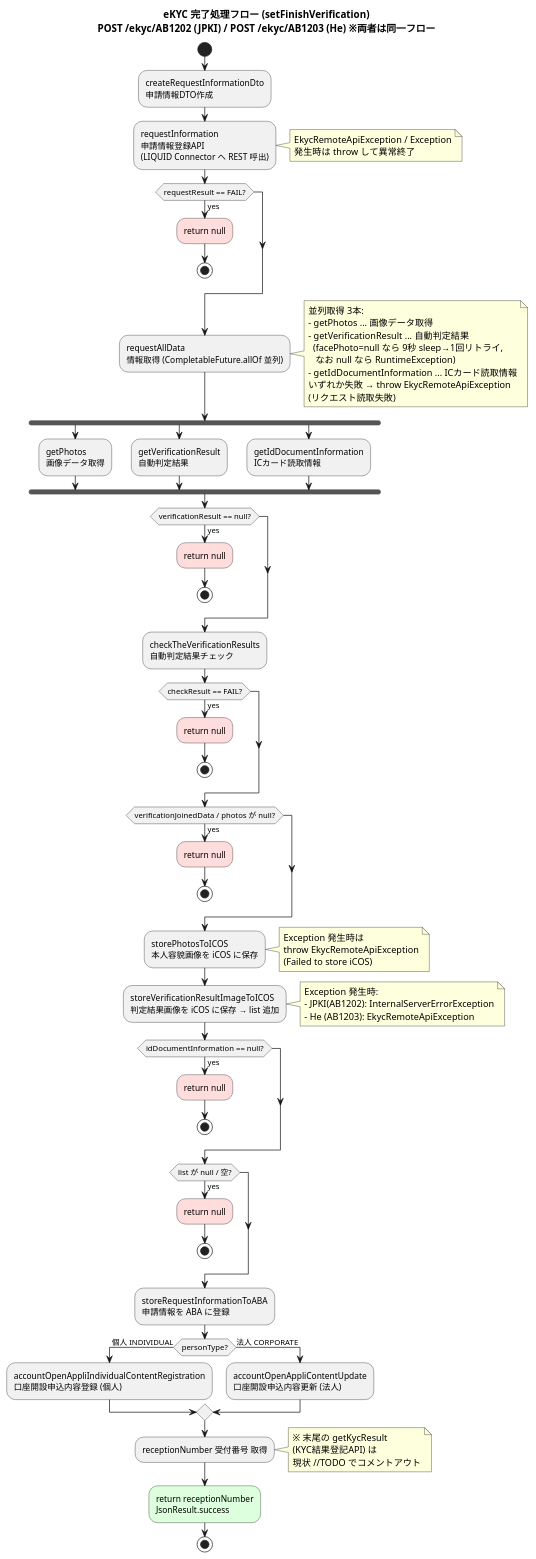
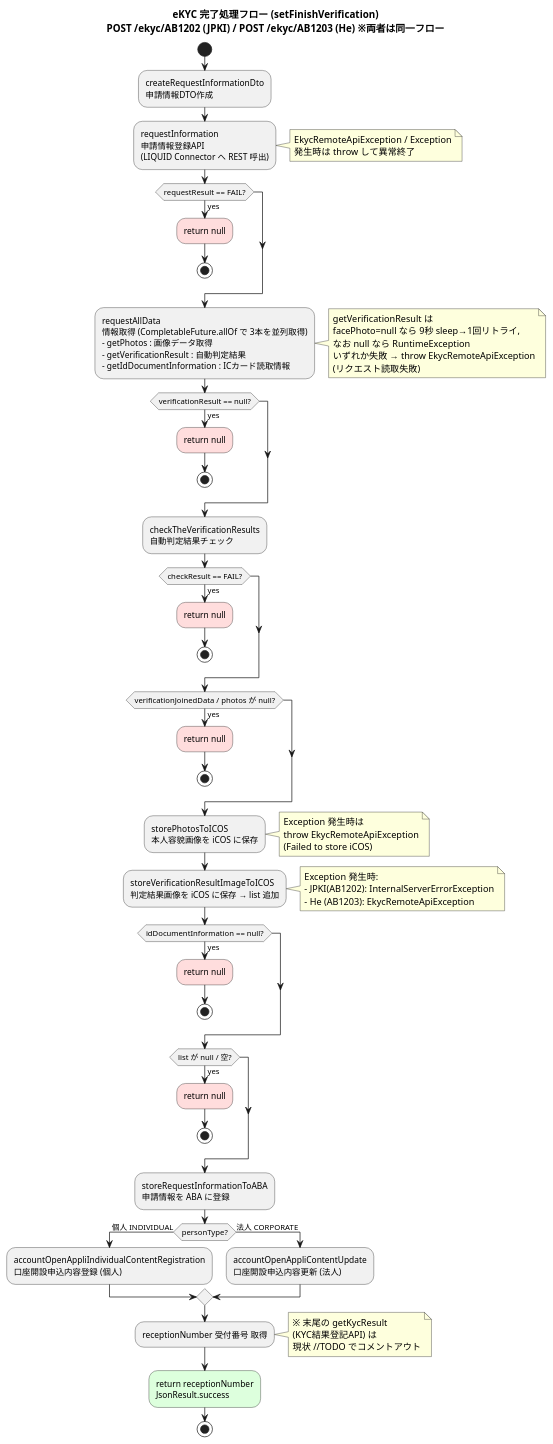
One commit to zed11213/sharing-file changed the diagram in ekyc_finish_verification.puml. Above: the diagram before and after it, drawn with PlantUML.

```diff
--- a/ekyc_finish_verification.puml
+++ b/ekyc_finish_verification.puml
@@ -1,98 +1,87 @@
 @startuml ekyc_finish_verification
 title eKYC 完了処理フロー (setFinishVerification)\nPOST /ekyc/AB1202 (JPKI) / POST /ekyc/AB1203 (He) ※両者は同一フロー
 
 start
 
 :createRequestInformationDto\n申請情報DTO作成;
 
 :requestInformation\n申請情報登録API\n(LIQUID Connector へ REST 呼出);
 note right
   EkycRemoteApiException / Exception
   発生時は throw して異常終了
 end note
 
 if (requestResult == FAIL?) then (yes)
   #ffdddd:return null;
   stop
 endif
 
-:requestAllData\n情報取得 (CompletableFuture.allOf 並列);
+:requestAllData\n情報取得 (CompletableFuture.allOf で 3本を並列取得)\n- getPhotos : 画像データ取得\n- getVerificationResult : 自動判定結果\n- getIdDocumentInformation : ICカード読取情報;
 note right
-  並列取得 3本:
-  - getPhotos ... 画像データ取得
-  - getVerificationResult ... 自動判定結果
-    (facePhoto=null なら 9秒 sleep→1回リトライ,
-     なお null なら RuntimeException)
-  - getIdDocumentInformation ... ICカード読取情報
+  getVerificationResult は
+  facePhoto=null なら 9秒 sleep→1回リトライ,
+  なお null なら RuntimeException
   いずれか失敗 → throw EkycRemoteApiException
   (リクエスト読取失敗)
 end note
-
-fork
-  :getPhotos\n画像データ取得;
-fork again
-  :getVerificationResult\n自動判定結果;
-fork again
-  :getIdDocumentInformation\nICカード読取情報;
-end fork
 
 if (verificationResult == null?) then (yes)
   #ffdddd:return null;
   stop
 endif
 
 :checkTheVerificationResults\n自動判定結果チェック;
 
 if (checkResult == FAIL?) then (yes)
   #ffdddd:return null;
   stop
 endif
 
 if (verificationJoinedData / photos が null?) then (yes)
   #ffdddd:return null;
   stop
 endif
 
 :storePhotosToICOS\n本人容貌画像を iCOS に保存;
 note right
   Exception 発生時は
   throw EkycRemoteApiException
   (Failed to store iCOS)
 end note
 
 :storeVerificationResultImageToICOS\n判定結果画像を iCOS に保存 → list 追加;
 note right
   Exception 発生時:
   - JPKI(AB1202): InternalServerErrorException
   - He (AB1203): EkycRemoteApiException
 end note
 
 if (idDocumentInformation == null?) then (yes)
   #ffdddd:return null;
   stop
 endif
 
 if (list が null / 空?) then (yes)
   #ffdddd:return null;
   stop
 endif
 
 :storeRequestInformationToABA\n申請情報を ABA に登録;
 
 if (personType?) then (個人 INDIVIDUAL)
   :accountOpenAppliIndividualContentRegistration\n口座開設申込内容登録 (個人);
 else (法人 CORPORATE)
   :accountOpenAppliContentUpdate\n口座開設申込内容更新 (法人);
 endif
 
 :receptionNumber 受付番号 取得;
 note right
   ※ 末尾の getKycResult
   (KYC結果登記API) は
   現状 //TODO でコメントアウト
 end note
 
 #ddffdd:return receptionNumber\nJsonResult.success;
 stop
 
 @enduml
```
